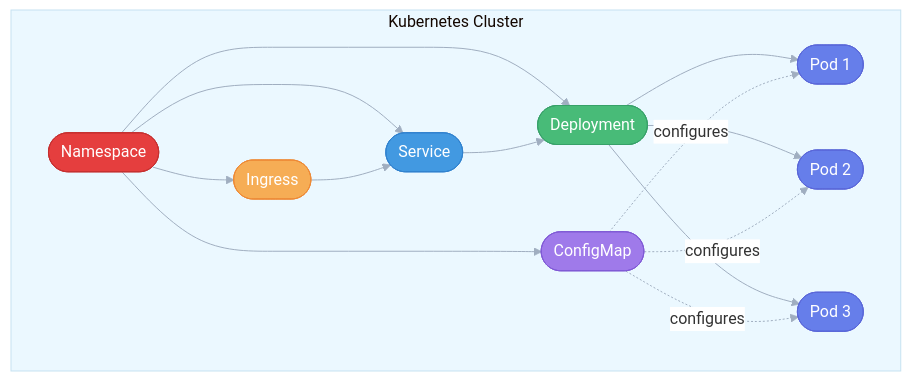
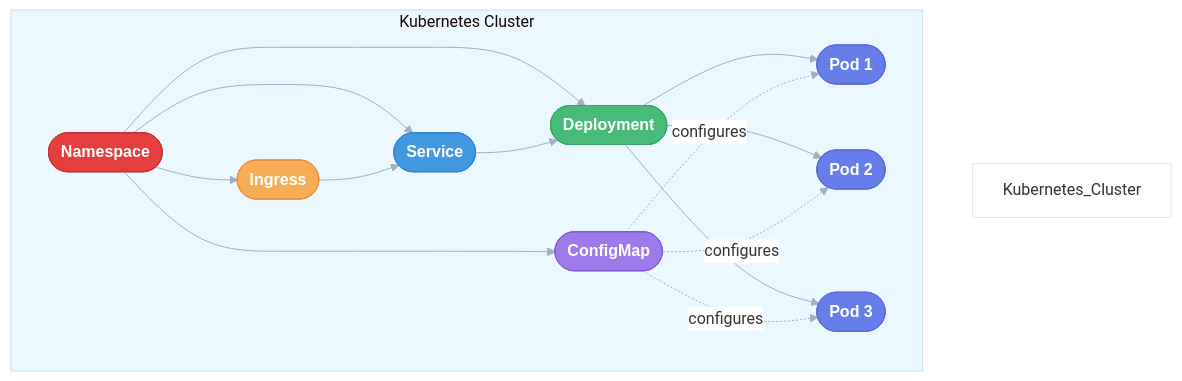
The third of 5 diagrams in README.md (DanorSODA/Devops-Course-Final-Project), drawn with Mermaid before and after one commit. The commit also changed other lines of this file, not shown here.

````diff
--- a/README.md
+++ b/README.md
@@ -95,27 +126,38 @@
 ```mermaid
-%%{init: {'theme': 'base', 'themeVariables': { 'primaryColor': '#667eea', 'edgeLabelBackground':'#ffffff', 'tertiaryColor': '#ebf8ff', 'lineColor': '#a0aec0'}}}%%
+%%{init: {
+  'theme': 'base',
+  'themeVariables': {
+    'primaryColor': '#667eea',
+    'edgeLabelBackground':'#ffffff',
+    'tertiaryColor': '#ebf8ff',
+    'lineColor': '#a0aec0',
+    'fontFamily': 'arial',
+    'fontSize': '16px'
+  }
+}}%%
 graph TD
     subgraph "Kubernetes Cluster"
+        style Kubernetes_Cluster fill:#ffffff,stroke:#e2e8f0
         N([Namespace]):::namespace --> A([Ingress]):::ingress
         N --> B([Service]):::svc
         N --> C([Deployment]):::deploy
         N --> G([ConfigMap]):::config
 
         A --> B
         B --> C
         C --> D([Pod 1]):::pod
         C --> E([Pod 2]):::pod
         C --> F([Pod 3]):::pod
 
         G -.configures.-> D
         G -.configures.-> E
         G -.configures.-> F
     end
 
-    classDef namespace fill:#e53e3e,stroke:#c53030,color:#fff
-    classDef ingress fill:#f6ad55,stroke:#ed8936,color:#fff
-    classDef svc fill:#4299e1,stroke:#3182ce,color:#fff
-    classDef deploy fill:#48bb78,stroke:#38a169,color:#fff
-    classDef pod fill:#667eea,stroke:#5a67d8,color:#fff
-    classDef config fill:#9f7aea,stroke:#805ad5,color:#fff
+    classDef namespace fill:#e53e3e,stroke:#c53030,color:#fff,font-family:arial,font-weight:bold
+    classDef ingress fill:#f6ad55,stroke:#ed8936,color:#fff,font-family:arial,font-weight:bold
+    classDef svc fill:#4299e1,stroke:#3182ce,color:#fff,font-family:arial,font-weight:bold
+    classDef deploy fill:#48bb78,stroke:#38a169,color:#fff,font-family:arial,font-weight:bold
+    classDef pod fill:#667eea,stroke:#5a67d8,color:#fff,font-family:arial,font-weight:bold
+    classDef config fill:#9f7aea,stroke:#805ad5,color:#fff,font-family:arial,font-weight:bold
 ```
````
